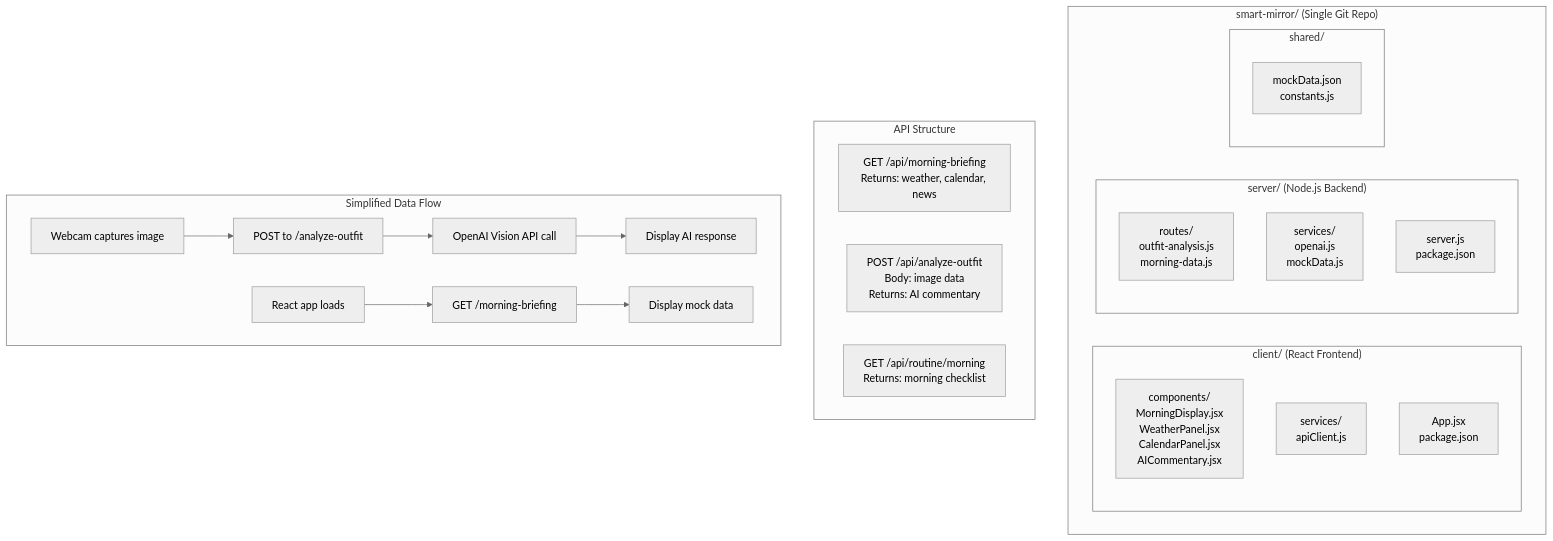
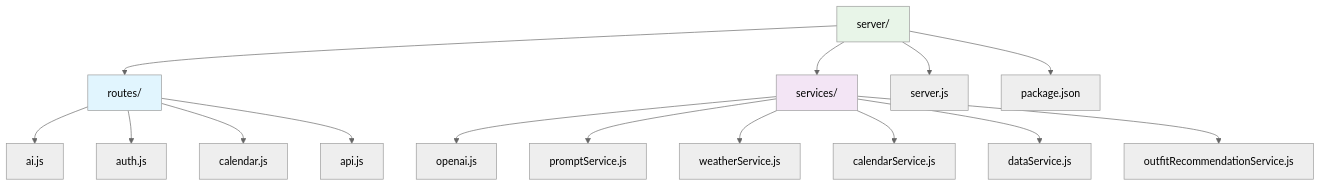
The fourth of 6 diagrams in docs/mermaid/repo-structure.md (bbeaudet-dev/ai-smart-mirror), drawn with Mermaid (neutral theme) before and after one commit. The commit also changed other lines of this file and 5 other files, not shown here.

````diff
--- a/docs/mermaid/repo-structure.md
+++ b/docs/mermaid/repo-structure.md
@@ -3,35 +95,23 @@
 ```mermaid
-graph TB
-    subgraph Repo["smart-mirror/ (Single Git Repo)"]
-        subgraph Client["client/ (React Frontend)"]
-            C1[components/<br/>MorningDisplay.jsx<br/>WeatherPanel.jsx<br/>CalendarPanel.jsx<br/>AICommentary.jsx]
-            C2[services/<br/>apiClient.js]
-            C3[App.jsx<br/>package.json]
-        end
+graph TD
+    A[server/] --> B[routes/]
+    A --> C[services/]
+    A --> D[server.js]
+    A --> E[package.json]
 
-        subgraph Server["server/ (Node.js Backend)"]
-            S1[routes/<br/>outfit-analysis.js<br/>morning-data.js]
-            S2[services/<br/>openai.js<br/>mockData.js]
-            S3[server.js<br/>package.json]
-        end
+    B --> B1[ai.js]
+    B --> B2[auth.js]
+    B --> B3[calendar.js]
+    B --> B4[api.js]
 
-        subgraph Shared["shared/"]
-            SH1[mockData.json<br/>constants.js]
-        end
-    end
+    C --> C1[openai.js]
+    C --> C2[promptService.js]
+    C --> C3[weatherService.js]
+    C --> C4[calendarService.js]
+    C --> C5[dataService.js]
+    C --> C6[outfitRecommendationService.js]
 
-    subgraph APIs["API Structure"]
-        API1[GET /api/morning-briefing<br/>Returns: weather, calendar, news]
-        API2[POST /api/analyze-outfit<br/>Body: image data<br/>Returns: AI commentary]
-        API3[GET /api/routine/morning<br/>Returns: morning checklist]
-    end
-
-    subgraph Flow["Simplified Data Flow"]
-        F1[Webcam captures image] --> F2[POST to /analyze-outfit]
-        F2 --> F3[OpenAI Vision API call]
-        F3 --> F4[Display AI response]
-
-        F5[React app loads] --> F6[GET /morning-briefing]
-        F6 --> F7[Display mock data]
-    end
+    style A fill:#e8f5e8
+    style B fill:#e1f5fe
+    style C fill:#f3e5f5
 ```
````
